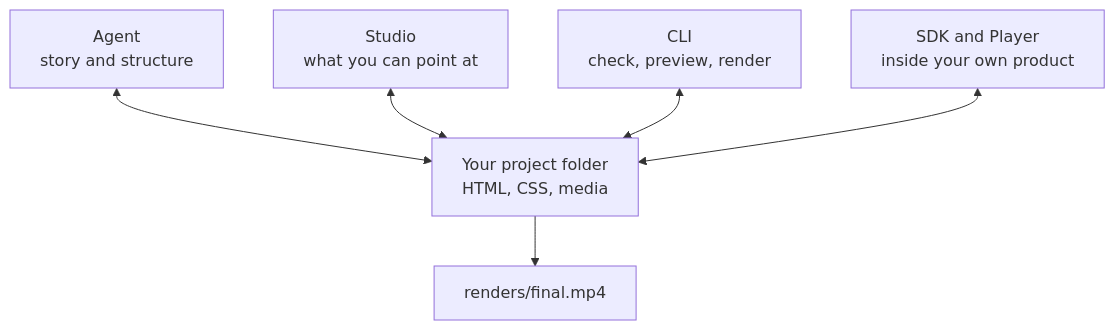
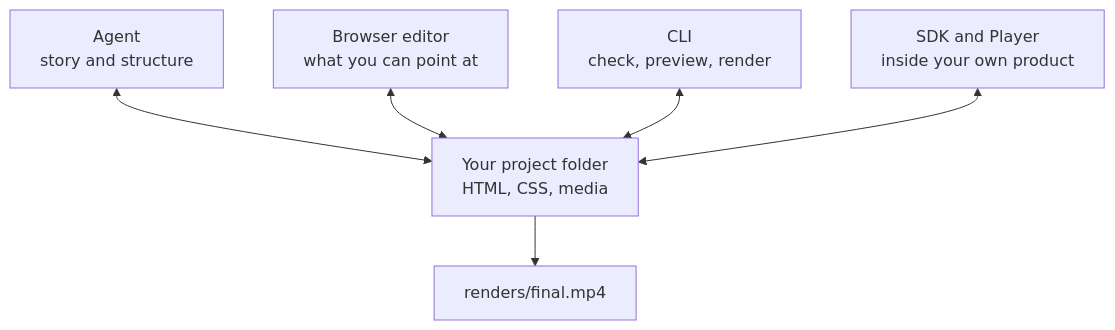
Before and after one commit to aphrody-labs/bun-video: the first of 2 diagrams in hyperframes/docs/concepts/index.mdx, drawn with Mermaid. The commit also changed other lines of this file and 4944 other files, not shown here.

````diff
--- a/hyperframes/docs/concepts/index.mdx
+++ b/hyperframes/docs/concepts/index.mdx
@@ -15,9 +15,9 @@
 ```mermaid
 flowchart TD
     S["Your project folder<br/>HTML, CSS, media"]
     A["Agent<br/>story and structure"] <--> S
-    T["Studio<br/>what you can point at"] <--> S
+    T["Browser editor<br/>what you can point at"] <--> S
     C["CLI<br/>check, preview, render"] <--> S
     K["SDK and Player<br/>inside your own product"] <--> S
     S --> R["renders/final.mp4"]
 ```
````
